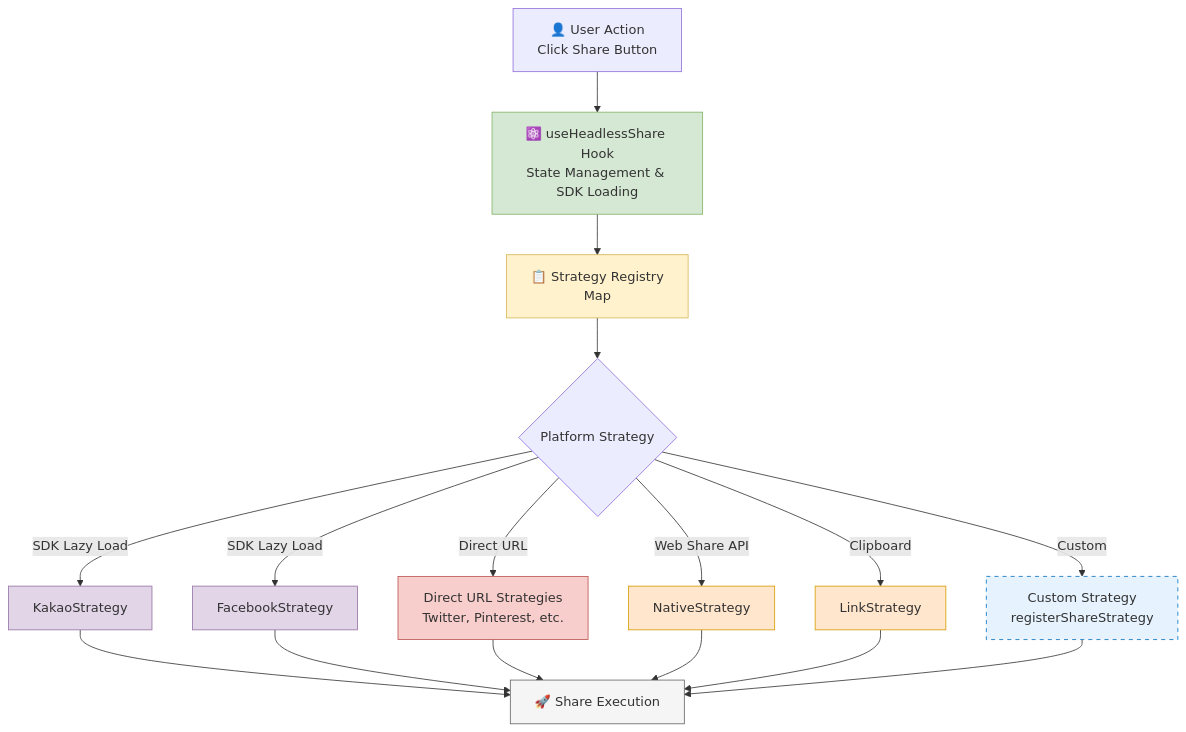
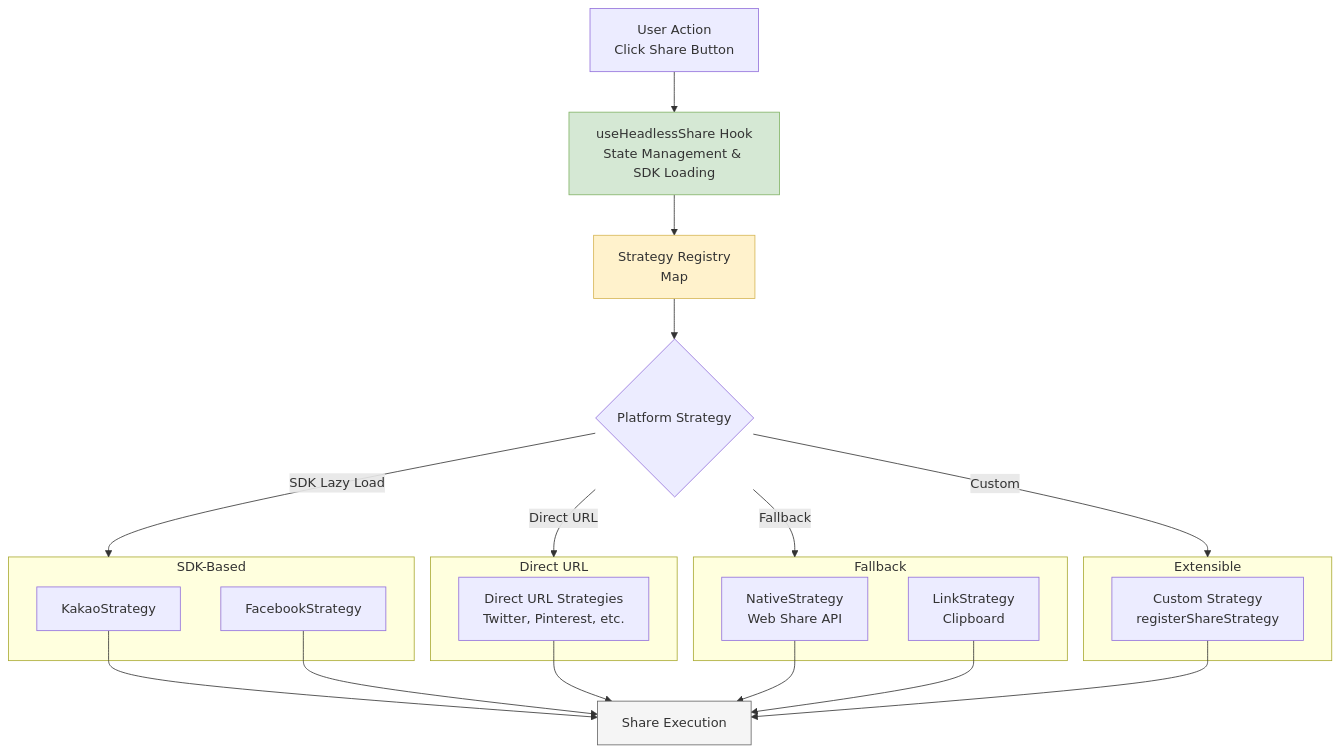
Before and after one commit to gracefullight/saju: the diagram in packages/react-share/README.md, drawn with Mermaid. The commit also changed 1 other file, not shown here.

Commit message:
docs(react-share): refactor mermaid diagram with subgraphs
- Group platform strategies into subgraphs (SDK-Based, Direct URL, Fallback, Extensible)
- Remove all emojis from diagram nodes
- Improve visual organization of architecture diagram

````diff
--- a/packages/react-share/README.md
+++ b/packages/react-share/README.md
@@ -15,30 +15,40 @@
 ```mermaid
 flowchart TD
-    User[👤 User Action<br/>Click Share Button] --> Hook[⚛️ useHeadlessShare Hook<br/>State Management & SDK Loading]
-    Hook --> Registry[📋 Strategy Registry<br/>Map<platform, ShareStrategy>]
+    User[User Action<br/>Click Share Button] --> Hook[useHeadlessShare Hook<br/>State Management & SDK Loading]
+    Hook --> Registry[Strategy Registry<br/>Map<platform, ShareStrategy>]
     Registry --> Strategy{Platform Strategy}
     
-    Strategy -->|SDK Lazy Load| Kakao[KakaoStrategy]
-    Strategy -->|SDK Lazy Load| Facebook[FacebookStrategy]
-    Strategy -->|Direct URL| Direct[Direct URL Strategies<br/>Twitter, Pinterest, etc.]
-    Strategy -->|Web Share API| Native[NativeStrategy]
-    Strategy -->|Clipboard| Link[LinkStrategy]
-    Strategy -->|Custom| Custom[Custom Strategy<br/>registerShareStrategy]
+    subgraph SDKStrategies [SDK-Based]
+        Kakao[KakaoStrategy]
+        Facebook[FacebookStrategy]
+    end
     
-    Kakao --> Exec[🚀 Share Execution]
+    subgraph URLStrategies [Direct URL]
+        Direct[Direct URL Strategies<br/>Twitter, Pinterest, etc.]
+    end
+    
+    subgraph FallbackStrategies [Fallback]
+        Native[NativeStrategy<br/>Web Share API]
+        Link[LinkStrategy<br/>Clipboard]
+    end
+    
+    subgraph Extensible [Extensible]
+        Custom[Custom Strategy<br/>registerShareStrategy]
+    end
+    
+    Strategy -->|SDK Lazy Load| SDKStrategies
+    Strategy -->|Direct URL| URLStrategies
+    Strategy -->|Fallback| FallbackStrategies
+    Strategy -->|Custom| Extensible
+    
+    Kakao --> Exec[Share Execution]
     Facebook --> Exec
     Direct --> Exec
     Native --> Exec
     Link --> Exec
     Custom --> Exec
     
     style Hook fill:#d5e8d4,stroke:#82b366
     style Registry fill:#fff2cc,stroke:#d6b656
-    style Kakao fill:#e1d5e7,stroke:#9673a6
-    style Facebook fill:#e1d5e7,stroke:#9673a6
-    style Direct fill:#f8cecc,stroke:#b85450
-    style Native fill:#ffe6cc,stroke:#d79b00
-    style Link fill:#ffe6cc,stroke:#d79b00
-    style Custom fill:#e6f3ff,stroke:#0070c0,stroke-dasharray: 5 5
     style Exec fill:#f5f5f5,stroke:#666666
 ```
````
